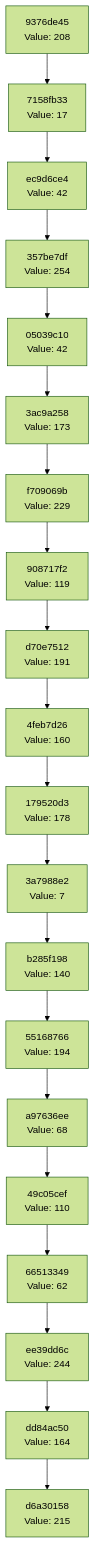
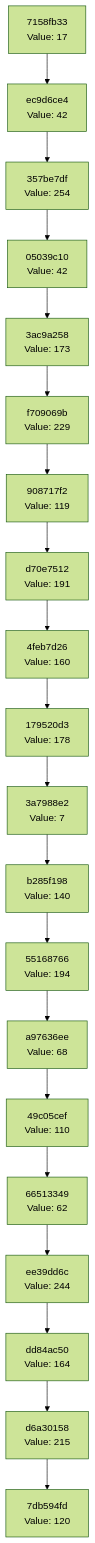
The diagram in docs/CHAIN_VISUALIZATION.md (Abhisheksinha1506/hash-chain-evolver), drawn with Mermaid (forest theme) before and after one commit. The commit also changed 3 other files, not shown here.

````diff
--- a/docs/CHAIN_VISUALIZATION.md
+++ b/docs/CHAIN_VISUALIZATION.md
@@ -3,42 +3,42 @@
 ```mermaid
 graph TD
-    C0["d6a30158<br/>Value: 215"]
-    C1["dd84ac50<br/>Value: 164"]
+    C0["7db594fd<br/>Value: 120"]
+    C1["d6a30158<br/>Value: 215"]
     C1 --> C0
-    C2["ee39dd6c<br/>Value: 244"]
+    C2["dd84ac50<br/>Value: 164"]
     C2 --> C1
-    C3["66513349<br/>Value: 62"]
+    C3["ee39dd6c<br/>Value: 244"]
     C3 --> C2
-    C4["49c05cef<br/>Value: 110"]
+    C4["66513349<br/>Value: 62"]
     C4 --> C3
-    C5["a97636ee<br/>Value: 68"]
+    C5["49c05cef<br/>Value: 110"]
     C5 --> C4
-    C6["55168766<br/>Value: 194"]
+    C6["a97636ee<br/>Value: 68"]
     C6 --> C5
-    C7["b285f198<br/>Value: 140"]
+    C7["55168766<br/>Value: 194"]
     C7 --> C6
-    C8["3a7988e2<br/>Value: 7"]
+    C8["b285f198<br/>Value: 140"]
     C8 --> C7
-    C9["179520d3<br/>Value: 178"]
+    C9["3a7988e2<br/>Value: 7"]
     C9 --> C8
-    C10["4feb7d26<br/>Value: 160"]
+    C10["179520d3<br/>Value: 178"]
     C10 --> C9
-    C11["d70e7512<br/>Value: 191"]
+    C11["4feb7d26<br/>Value: 160"]
     C11 --> C10
-    C12["908717f2<br/>Value: 119"]
+    C12["d70e7512<br/>Value: 191"]
     C12 --> C11
-    C13["f709069b<br/>Value: 229"]
+    C13["908717f2<br/>Value: 119"]
     C13 --> C12
-    C14["3ac9a258<br/>Value: 173"]
+    C14["f709069b<br/>Value: 229"]
     C14 --> C13
-    C15["05039c10<br/>Value: 42"]
+    C15["3ac9a258<br/>Value: 173"]
     C15 --> C14
-    C16["357be7df<br/>Value: 254"]
+    C16["05039c10<br/>Value: 42"]
     C16 --> C15
-    C17["ec9d6ce4<br/>Value: 42"]
+    C17["357be7df<br/>Value: 254"]
     C17 --> C16
-    C18["7158fb33<br/>Value: 17"]
+    C18["ec9d6ce4<br/>Value: 42"]
     C18 --> C17
-    C19["9376de45<br/>Value: 208"]
+    C19["7158fb33<br/>Value: 17"]
     C19 --> C18
 ```
````
